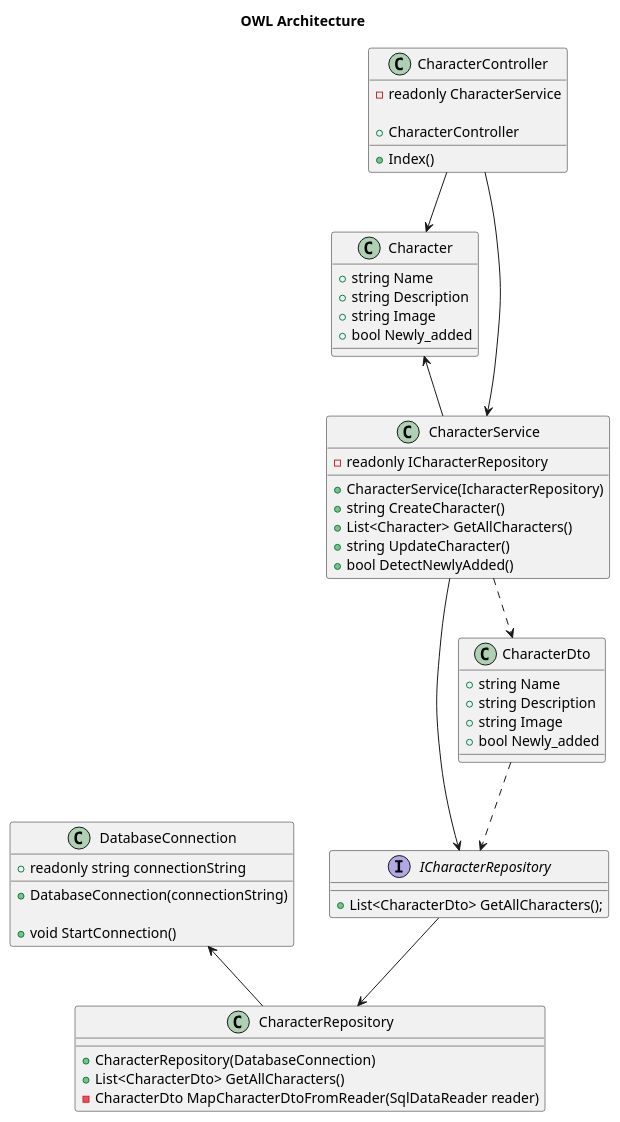
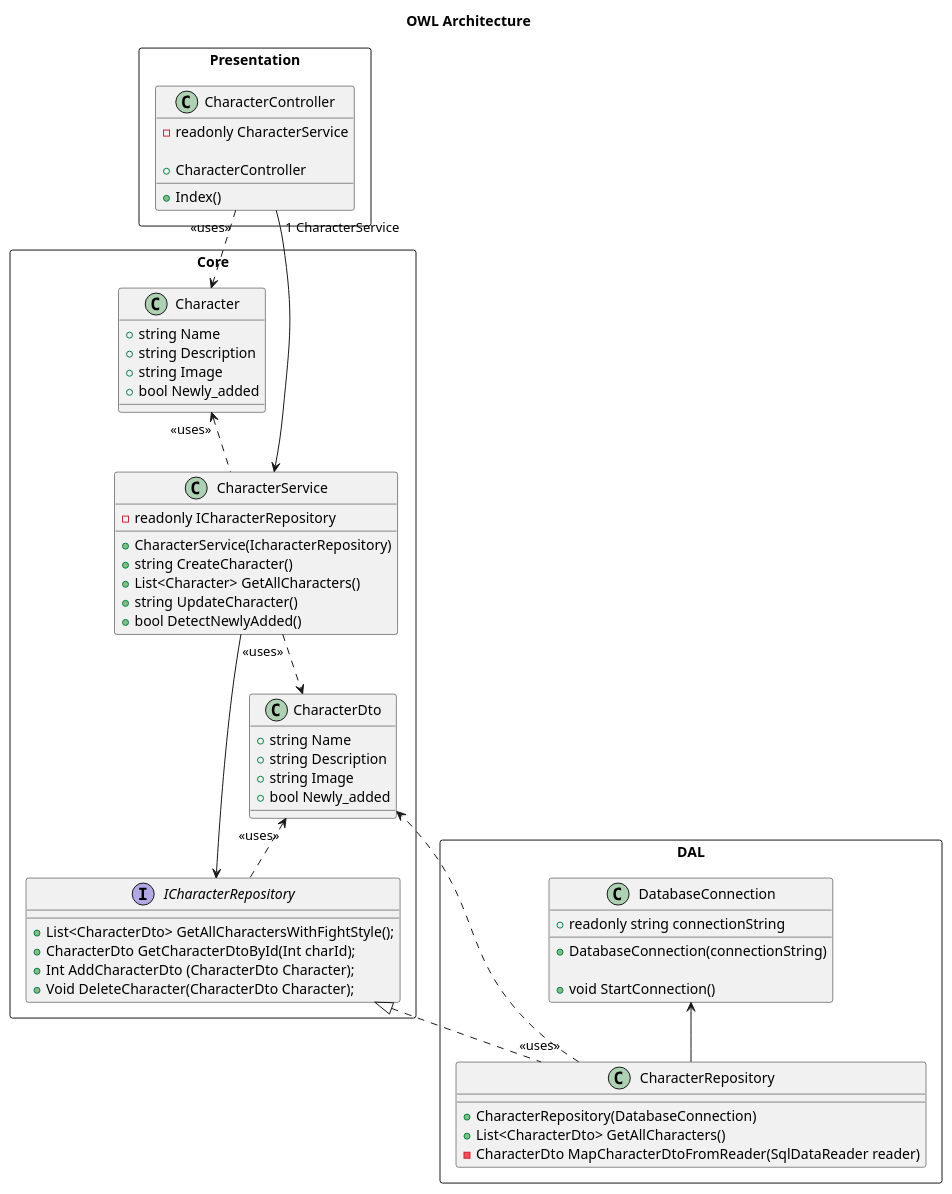
Before and after one commit to FreeGilio/Owlsite: the diagram in Architecture.puml, drawn with PlantUML. The commit also changed 80 other files, not shown here.

```diff
--- a/Architecture.puml
+++ b/Architecture.puml
@@ -1,136 +1,146 @@
 @startuml OWL
 
 title OWL Architecture
-
-class DatabaseConnection {
-    + readonly string connectionString
-    + DatabaseConnection(connectionString)
-
-    + void StartConnection()
-}
 
 ' class GamemodeDto {
 '     + string Name
 '     + string Description
 '     + int Amount_players
 ' }
 
 ' class GamemodeService {
 '     + GamemodeService()
 '     + void Gamemode()
 '     + string CreateGamemode()
 '     + string GetGamemodes()
 '     + string AddToGamemode()
 ' }
-
+package Presentation <<Rectangle>> {
 Class CharacterController {
     - readonly CharacterService
 
     + CharacterController
     + Index()
 }
-
-Interface ICharacterRepository {
-    +  List<CharacterDto> GetAllCharacters();
 }
 
-Class CharacterRepository {
-    +  CharacterRepository(DatabaseConnection)
-    +  List<CharacterDto> GetAllCharacters()
-    -  CharacterDto MapCharacterDtoFromReader(SqlDataReader reader)
+package Core <<Rectangle>> {
+Interface ICharacterRepository {
+    +  List<CharacterDto> GetAllCharactersWithFightStyle();
+    + CharacterDto GetCharacterDtoById(Int charId);
+    + Int AddCharacterDto (CharacterDto Character);
+    + Void DeleteCharacter(CharacterDto Character);
 }
 
 class Character {
     + string Name
     + string Description
     + string Image
     + bool Newly_added
 }
 
 class CharacterDto {
     + string Name
     + string Description
     + string Image
     + bool Newly_added
 }
 
 class CharacterService {
     - readonly ICharacterRepository
 
     + CharacterService(IcharacterRepository)
     + string CreateCharacter()
     + List<Character> GetAllCharacters()
     + string UpdateCharacter()
     + bool DetectNewlyAdded()
 }
+}
+
+package DAL <<Rectangle>> {
+
+class DatabaseConnection {
++ readonly string connectionString
++ DatabaseConnection(connectionString)
+
++ void StartConnection()
+}
+Class CharacterRepository {
+    +  CharacterRepository(DatabaseConnection)
+    +  List<CharacterDto> GetAllCharacters()
+    -  CharacterDto MapCharacterDtoFromReader(SqlDataReader reader)
+}
+}
+
 
 ' class FightstyleDto {
 '     + string Name
 '     + int Power
 '     + int Speed
 ' }
 
 ' class FightstyleService {
 
 '     + FightstyleService()
 '     + string GetStyles()
 '     + string CreateStyle()
 '     + string UpdateStyle()
 '     + string AddStyleToChar()
 ' }
 
 ' class MoveDto {
 '     + string Name
 '     + string Description
 '     + string Image
 '     + string Motion
 ' }
 
 ' class MoveService {
 
 '     + MoveService()
 '     + string GetMoves()
 '     + string CreateMove()
 '     + string UpdateMove()
 '     + string AddMoveToChar()
 ' }
 
 ' class NewsDto {
 '     + string Title
 '     + string Description
 '     + string Image
 ' }
 
 ' class NewsService {
 
 '     + NewsService()
 '     + string GetArticles()
 '     + string CreateArticle()
 ' }
 
 ' class CategoryDto {
 '     + string Name
 ' }
 
 ' class CategoryService {
 '     + CategoryService()
 '     + string GetCategories()
 ' }
 
 DatabaseConnection <-- CharacterRepository
 
-CharacterController --> CharacterService
-Character <-- CharacterService
-CharacterController --> Character
-CharacterService ..> CharacterDto
+CharacterController "1 CharacterService"--> CharacterService
+Character "<<uses>>"<.. CharacterService
+CharacterController "<<uses>>"..> Character
+CharacterService "<<uses>>"..> CharacterDto
+CharacterRepository "<<uses>>"..> CharacterDto
 CharacterService --> ICharacterRepository
-CharacterDto ..> ICharacterRepository
-ICharacterRepository --> CharacterRepository
+CharacterDto "<<uses>>" <.. ICharacterRepository
+ICharacterRepository  <|.. CharacterRepository
 
 ' NewsService <-- NewsDto
 ' CategoryService <-- CategoryDto
 ' FightstyleService <-- FightstyleDto
 ' MoveService <-- MoveDto
 ' GamemodeService <-- GamemodeDto
 
 @enduml
```
